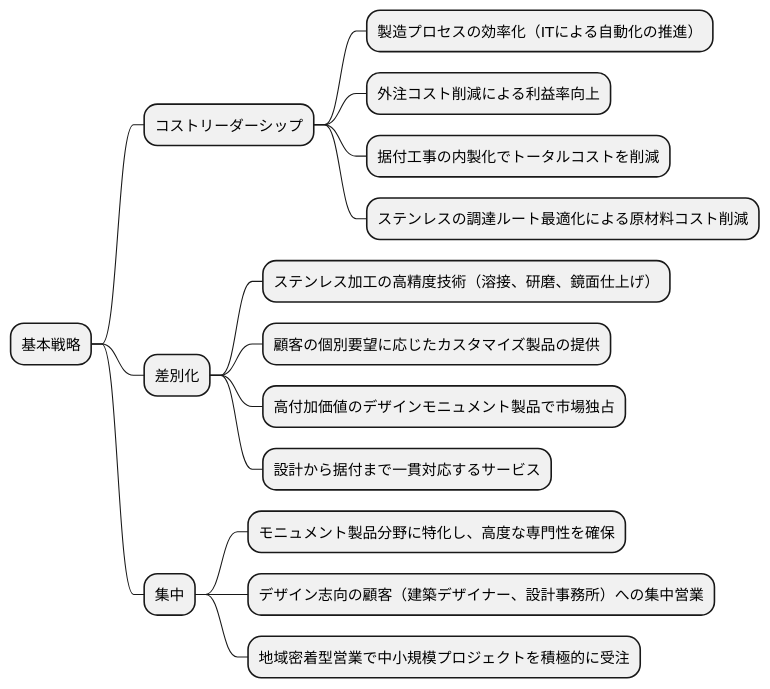
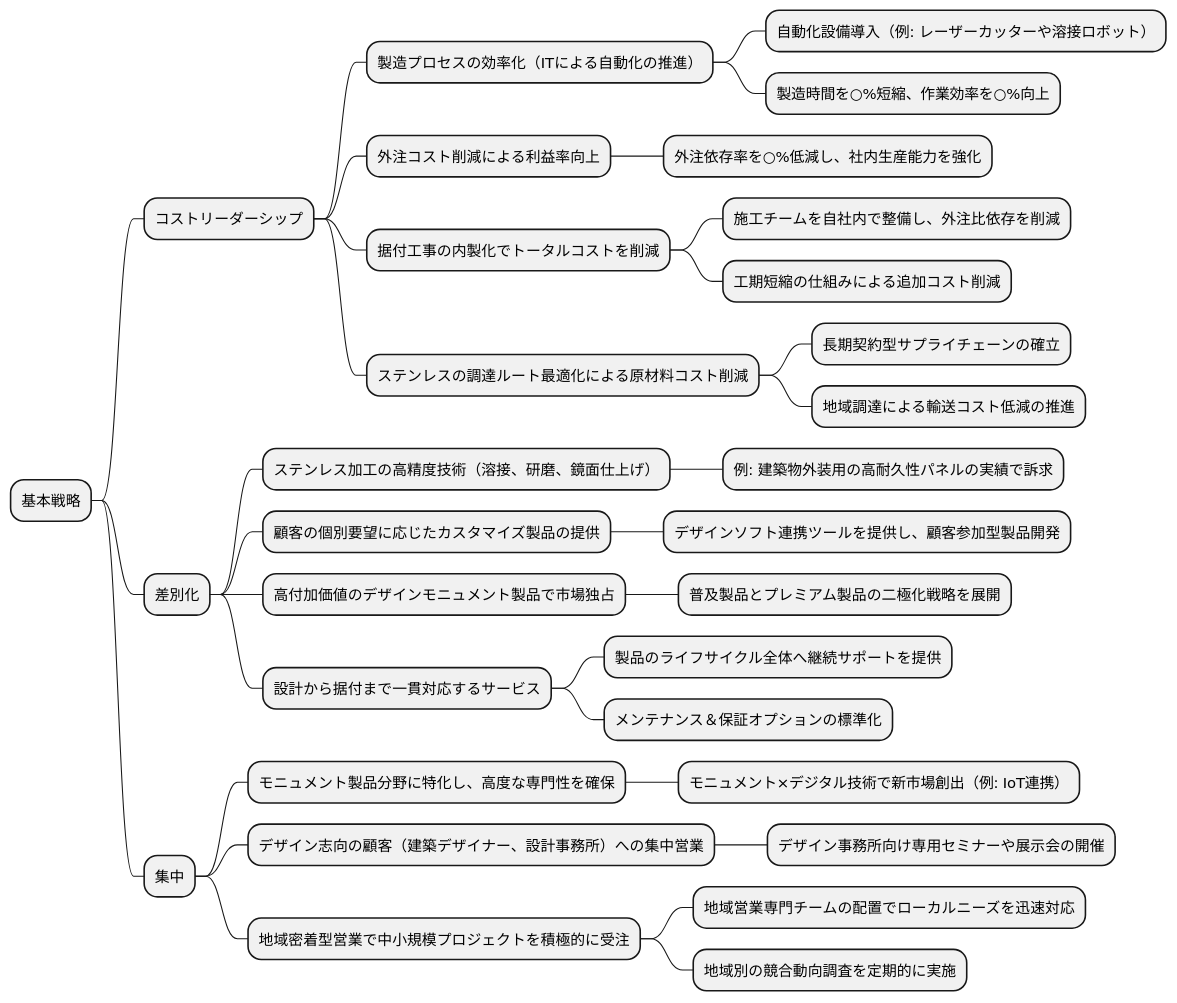
One commit to k2works/case-study-business-analysis changed the eighth of 19 diagrams in docs/case/r02_case_3.adoc. Above: the diagram before and after it, drawn with PlantUML. The commit also changed other lines of this file, not shown here.

```diff
--- a/docs/case/r02_case_3.adoc
+++ b/docs/case/r02_case_3.adoc
@@ -321,22 +405,38 @@
 [plantuml]
 ----
 @startmindmap
 
 * 基本戦略
 ** コストリーダーシップ
 *** 製造プロセスの効率化（ITによる自動化の推進）
+**** 自動化設備導入（例: レーザーカッターや溶接ロボット）
+**** 製造時間を○%短縮、作業効率を○%向上
 *** 外注コスト削減による利益率向上
+**** 外注依存率を○%低減し、社内生産能力を強化
 *** 据付工事の内製化でトータルコストを削減
+**** 施工チームを自社内で整備し、外注比依存を削減
+**** 工期短縮の仕組みによる追加コスト削減
 *** ステンレスの調達ルート最適化による原材料コスト削減
+**** 長期契約型サプライチェーンの確立
+**** 地域調達による輸送コスト低減の推進
 ** 差別化
 *** ステンレス加工の高精度技術（溶接、研磨、鏡面仕上げ）
+**** 例: 建築物外装用の高耐久性パネルの実績で訴求
 *** 顧客の個別要望に応じたカスタマイズ製品の提供
+**** デザインソフト連携ツールを提供し、顧客参加型製品開発
 *** 高付加価値のデザインモニュメント製品で市場独占
+**** 普及製品とプレミアム製品の二極化戦略を展開
 *** 設計から据付まで一貫対応するサービス
+**** 製品のライフサイクル全体へ継続サポートを提供
+**** メンテナンス＆保証オプションの標準化
 ** 集中
 *** モニュメント製品分野に特化し、高度な専門性を確保
+**** モニュメント×デジタル技術で新市場創出（例: IoT連携）
 *** デザイン志向の顧客（建築デザイナー、設計事務所）への集中営業
+**** デザイン事務所向け専用セミナーや展示会の開催
 *** 地域密着型営業で中小規模プロジェクトを積極的に受注
+**** 地域営業専門チームの配置でローカルニーズを迅速対応
+**** 地域別の競合動向調査を定期的に実施
 
 @endmindmap
 ----
```
